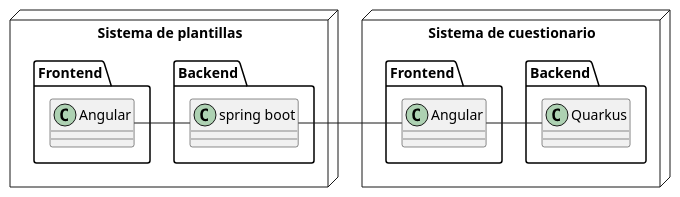
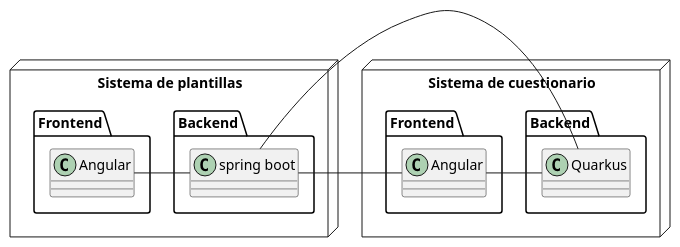
Before and after one commit to javatlacati/jsurveyproj: the diagram in diagrams/component forms.puml, drawn with PlantUML. The commit also changed 5 other files, not shown here.

Commit message:
updated diagrams

```diff
--- a/diagrams/component forms.puml
+++ b/diagrams/component forms.puml
@@ -1,25 +1,27 @@
 @startuml
 'https://plantuml.com/component-diagram
 
 
 node  "Sistema de plantillas" {
     package "Backend" {
         class "spring boot" {}
     }
     package "Frontend" {
         class "Angular" {}
         Angular - "spring boot"
     }
 }
 
 node  "Sistema de cuestionario" {
     package "Backend" {
-        class Quarkus {}
+        class Quarkus {
+        }
+        Quarkus -  "spring boot"
     }
     package "Frontend" {
       class Angular {}
       Angular - "spring boot"
       Angular - Quarkus
     }
 }
 @enduml
```
